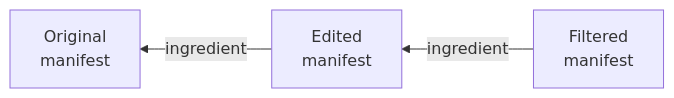
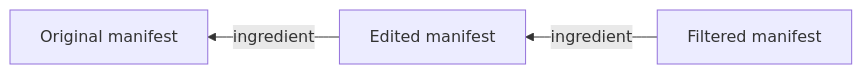
One commit to contentauth/c2pa-c changed the tenth of 11 diagrams in docs/selective-manifests.md. Above: the diagram before and after it, drawn with Mermaid. The commit also changed other lines of this file, not shown here.

````diff
--- a/docs/selective-manifests.md
+++ b/docs/selective-manifests.md
@@ -587,5 +587,5 @@
 ```mermaid
 flowchart RL
-    C[Filtered \n manifest] -->|ingredient| B[Edited \n manifest]
-    B -->|ingredient| A[Original \n manifest]
+    C[Filtered manifest] -->|ingredient| B[Edited manifest]
+    B -->|ingredient| A[Original manifest]
 ```
````
